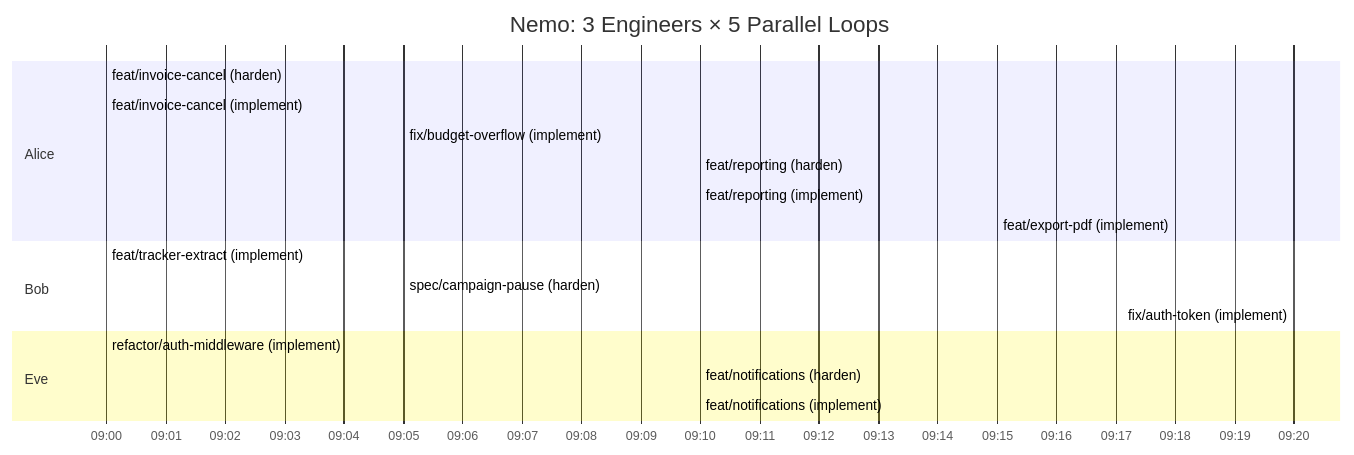
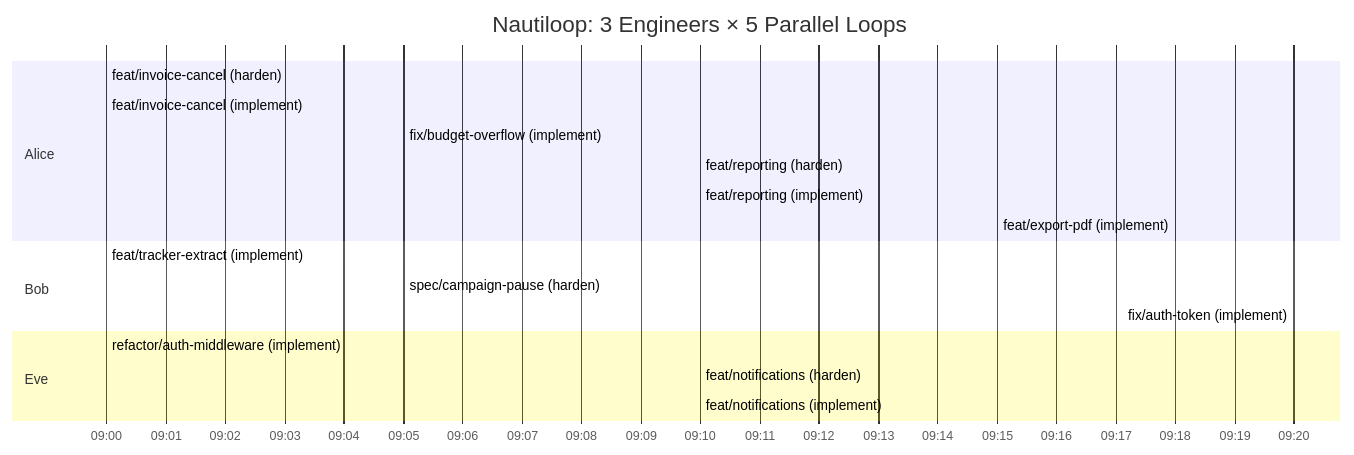
Diagram 11 of 12 in docs/architecture-diagrams.md (tinkrtailor/nemo), drawn with Mermaid before and after one commit. The commit also changed other lines of this file and 57 other files, not shown here.

First line of the commit message:
refactor: rebrand nemo → nautiloop (#30)

````diff
--- a/docs/architecture-diagrams.md
+++ b/docs/architecture-diagrams.md
@@ -581,24 +581,24 @@
 ```mermaid
 gantt
-    title Nemo: 3 Engineers × 5 Parallel Loops
+    title Nautiloop: 3 Engineers × 5 Parallel Loops
     dateFormat HH:mm
     axisFormat %H:%M
 
     section Alice
     feat/invoice-cancel (harden)       :a1, 09:00, 20min
     feat/invoice-cancel (implement)    :a1b, after a1, 45min
     fix/budget-overflow (implement)    :a2, 09:05, 30min
     feat/reporting (harden)            :a3, 09:10, 25min
     feat/reporting (implement)         :a3b, after a3, 50min
     feat/export-pdf (implement)        :a4, 09:15, 35min
 
     section Bob
     feat/tracker-extract (implement)   :b1, 09:00, 40min
     spec/campaign-pause (harden)       :b2, 09:05, 30min
     fix/auth-token (implement)         :b3, 09:20, 25min
 
     section Eve
     refactor/auth-middleware (implement) :e1, 09:00, 60min
     feat/notifications (harden)         :e2, 09:10, 20min
     feat/notifications (implement)      :e2b, after e2, 40min
 ```
````
